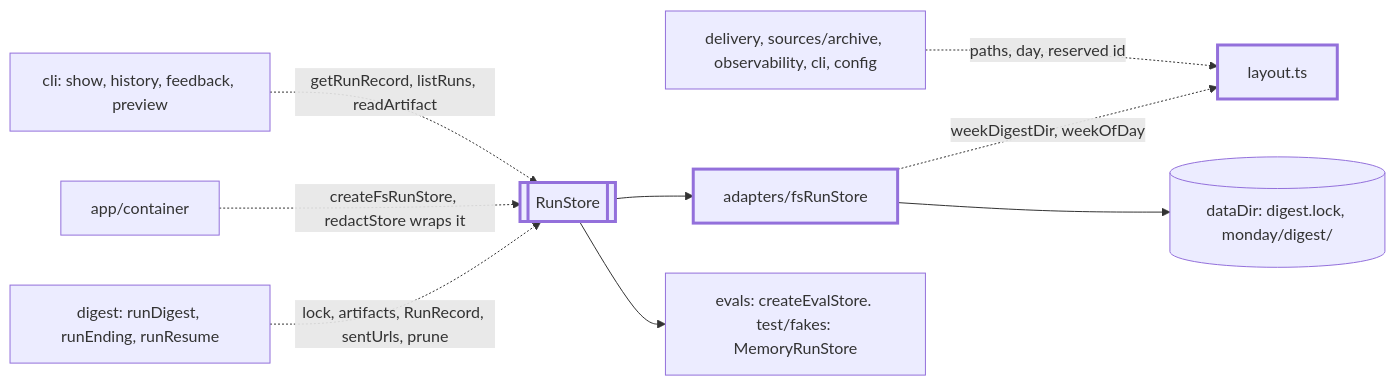
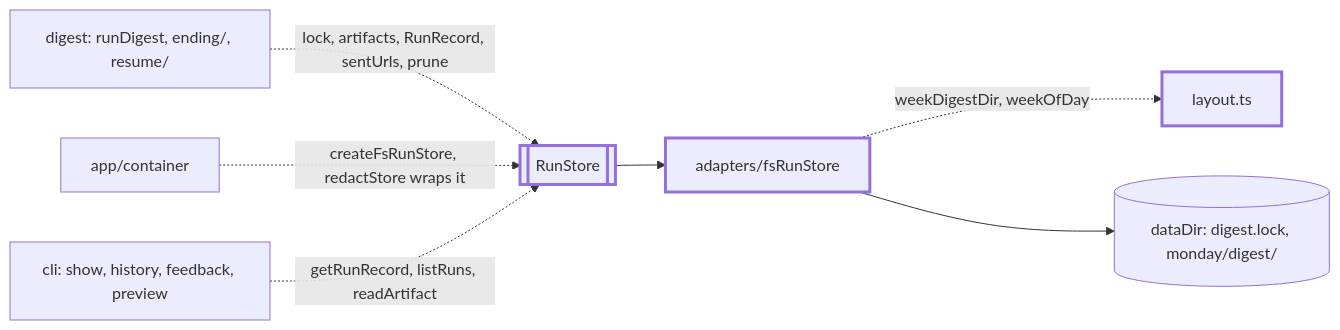
The first of 2 diagrams in src/store/CLAUDE.md (odere-pro/weekly-engineering-digest-agent), drawn with Mermaid before and after one commit. The commit also changed other lines of this file and 119 other files, not shown here.

````diff
--- a/src/store/CLAUDE.md
+++ b/src/store/CLAUDE.md
@@ -10,12 +10,10 @@
 ```mermaid
 flowchart LR
-  runDigest["digest: runDigest, runEnding, runResume"] -.->|"lock, artifacts, RunRecord, sentUrls, prune"| port[[RunStore]]:::focus
+  runDigest["digest: runDigest, ending/, resume/"] -.->|"lock, artifacts, RunRecord, sentUrls, prune"| port[[RunStore]]:::focus
   container["app/container"] -.->|"createFsRunStore, redactStore wraps it"| port
   cli["cli: show, history, feedback, preview"] -.->|"getRunRecord, listRuns, readArtifact"| port
   port --> fs["adapters/fsRunStore"]:::focus
   fs -.->|"weekDigestDir, weekOfDay"| layout["layout.ts"]:::focus
   fs --> disk[("dataDir: digest.lock, monday/digest/")]
-  others2["delivery, sources/archive, observability, cli, config"] -.->|"paths, day, reserved id"| layout
-  port --> others["evals: createEvalStore. test/fakes: MemoryRunStore"]
   classDef focus stroke-width:3px
 ```
````
